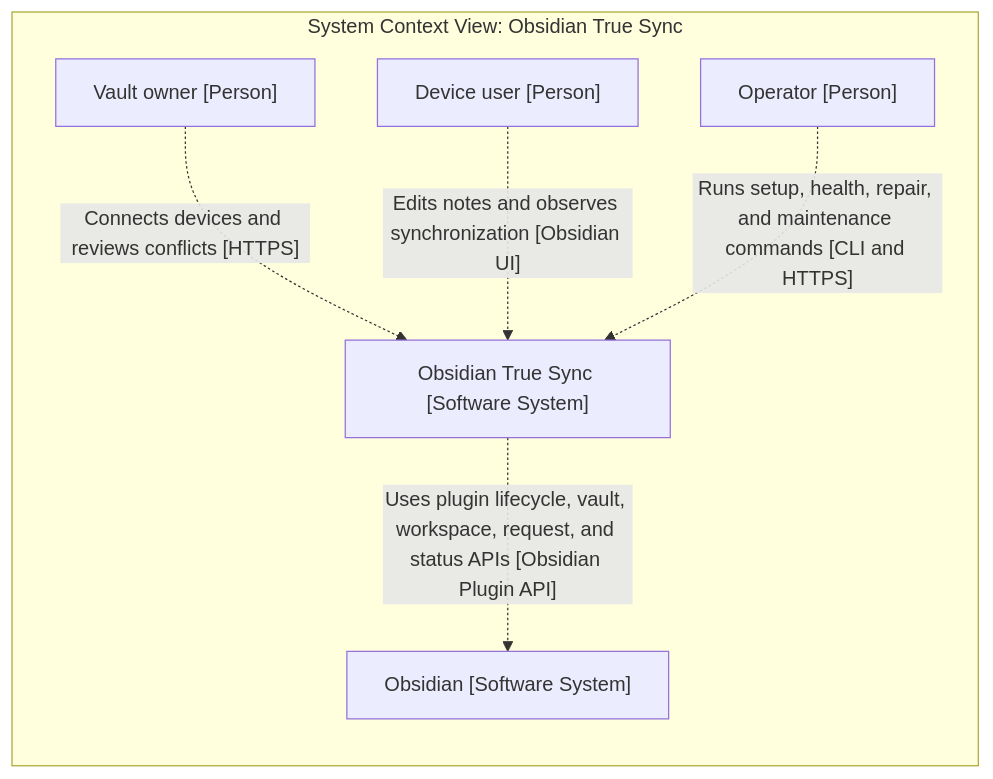
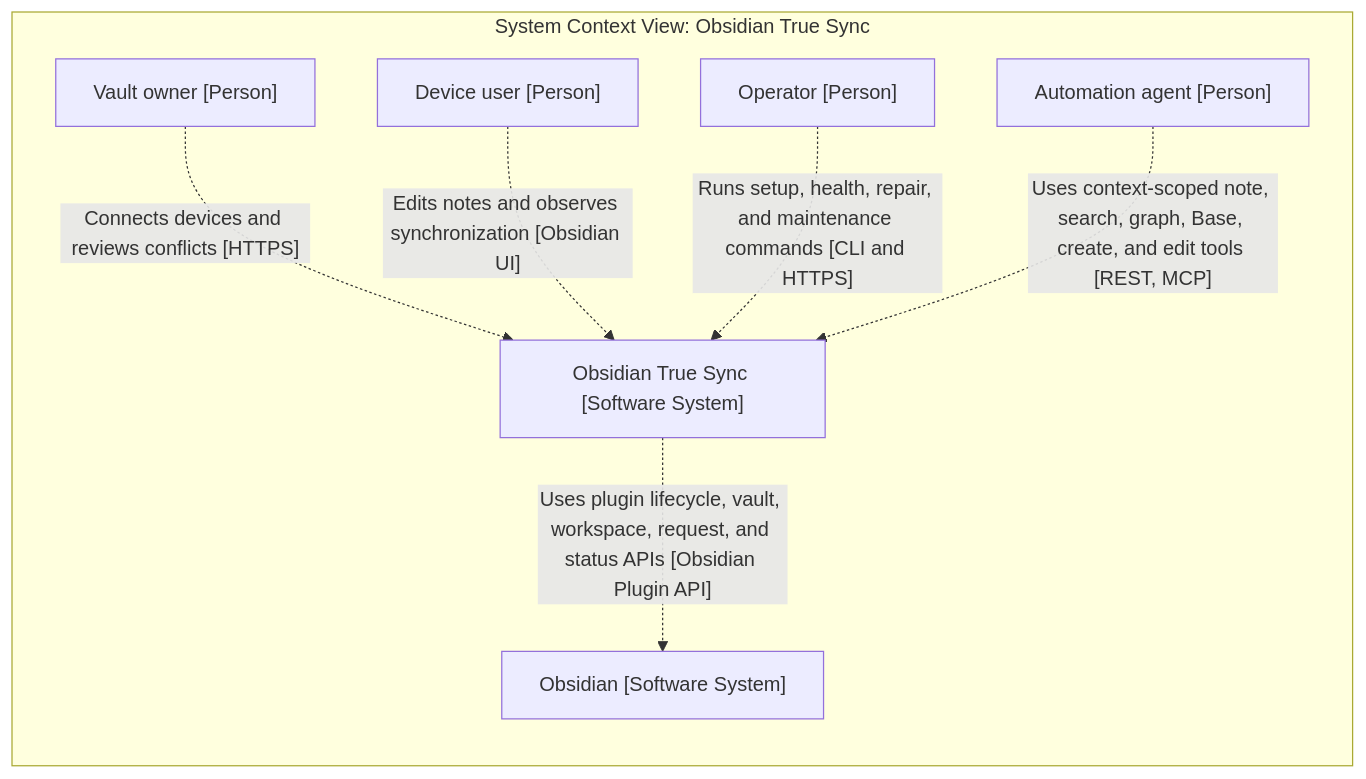
Before and after one commit to nareto/obts: the fifth of 5 diagrams in architecture/DIAGRAMS.md, drawn with Mermaid. The commit also changed other lines of this file and 36 other files, not shown here.

First line of the commit message:
docs(architecture): replace the proof-of-concept PRD

````diff
--- a/architecture/DIAGRAMS.md
+++ b/architecture/DIAGRAMS.md
@@ -165,19 +178,21 @@
 ```mermaid
 graph LR
 
   subgraph diagram ["System Context View: Obsidian True Sync"]
 
     1["Vault owner [Person]"]
     2["Device user [Person]"]
     3["Operator [Person]"]
-    4["Obsidian [Software System]"]
-    5["Obsidian True Sync [Software System]"]
+    4["Automation agent [Person]"]
+    5["Obsidian [Software System]"]
+    6["Obsidian True Sync [Software System]"]
 
-    1-. "Connects devices and reviews conflicts [HTTPS]" .->5
-    2-. "Edits notes and observes synchronization [Obsidian UI]" .->5
-    3-. "Runs setup, health, repair, and maintenance commands [CLI and HTTPS]" .->5
-    5-. "Uses plugin lifecycle, vault, workspace, request, and status APIs [Obsidian Plugin API]" .->4
+    1-. "Connects devices and reviews conflicts [HTTPS]" .->6
+    2-. "Edits notes and observes synchronization [Obsidian UI]" .->6
+    3-. "Runs setup, health, repair, and maintenance commands [CLI and HTTPS]" .->6
+    4-. "Uses context-scoped note, search, graph, Base, create, and edit tools [REST, MCP]" .->6
+    6-. "Uses plugin lifecycle, vault, workspace, request, and status APIs [Obsidian Plugin API]" .->5
 
   end
 
 ```
````
